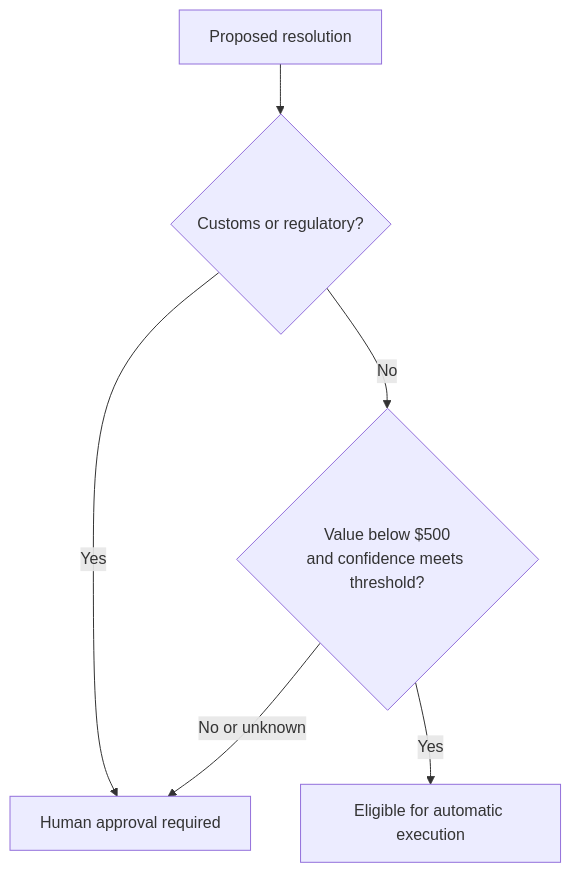
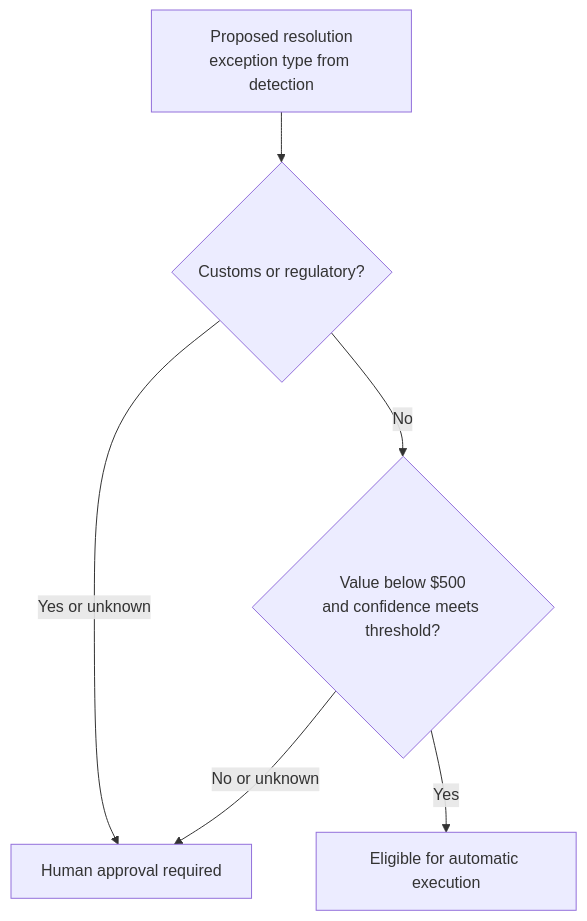
Before and after one commit to Sourav692/Forward-Deployed-Engineer-Interview-Prep: the second of 3 diagrams in site/content/learn/ai-systems-design/classic-ai-designs/logistics-exceptions-designing-around-a-policy-gate.md, drawn with Mermaid. The commit also changed other lines of this file and 143 other files, not shown here.

````diff
--- a/site/content/learn/ai-systems-design/classic-ai-designs/logistics-exceptions-designing-around-a-policy-gate.md
+++ b/site/content/learn/ai-systems-design/classic-ai-designs/logistics-exceptions-designing-around-a-policy-gate.md
@@ -59,8 +59,8 @@
 ```mermaid
 flowchart TB
-    R["Proposed resolution"] --> C{"Customs or regulatory?"}
-    C -->|Yes| H["Human approval required"]
+    R["Proposed resolution<br/>exception type from detection"] --> C{"Customs or regulatory?"}
+    C -->|Yes or unknown| H["Human approval required"]
     C -->|No| V{"Value below $500<br/>and confidence meets threshold?"}
     V -->|Yes| A["Eligible for automatic execution"]
     V -->|No or unknown| H
 ```
````
